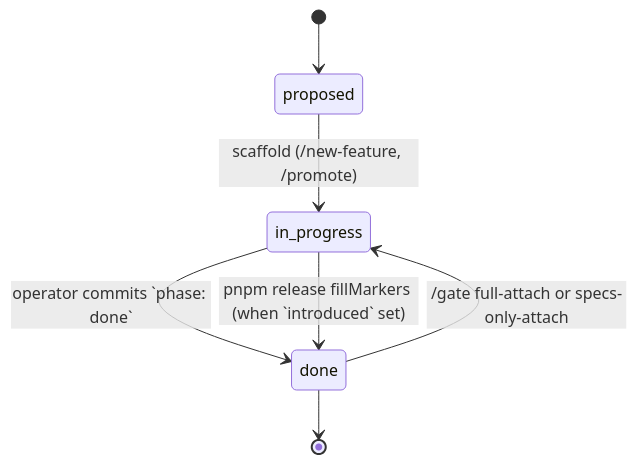
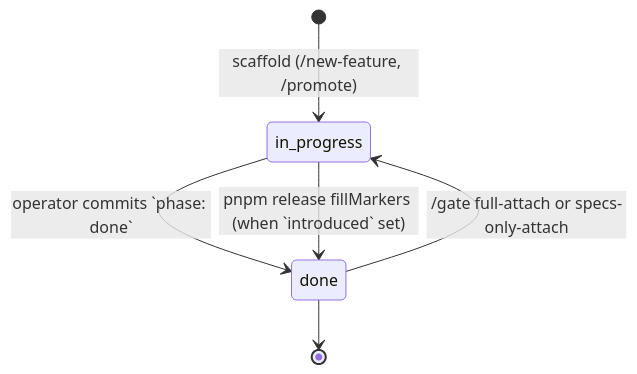
One commit to davidzoufaly/noldor changed the second of 2 diagrams in templates/docs/noldor/lifecycle.md. Above: the diagram before and after it, drawn with Mermaid. The commit also changed other lines of this file and 20 other files, not shown here.

````diff
--- a/templates/docs/noldor/lifecycle.md
+++ b/templates/docs/noldor/lifecycle.md
@@ -95,9 +95,8 @@
 ```mermaid
 stateDiagram-v2
-    [*] --> proposed
-    proposed --> in_progress: scaffold (/new-feature, /promote)
+    [*] --> in_progress: scaffold (/new-feature, /promote)
     in_progress --> done: operator commits `phase: done`
     done --> in_progress: /gate full-attach or specs-only-attach
     in_progress --> done: pnpm release fillMarkers (when `introduced` set)
     done --> [*]
 ```
````
